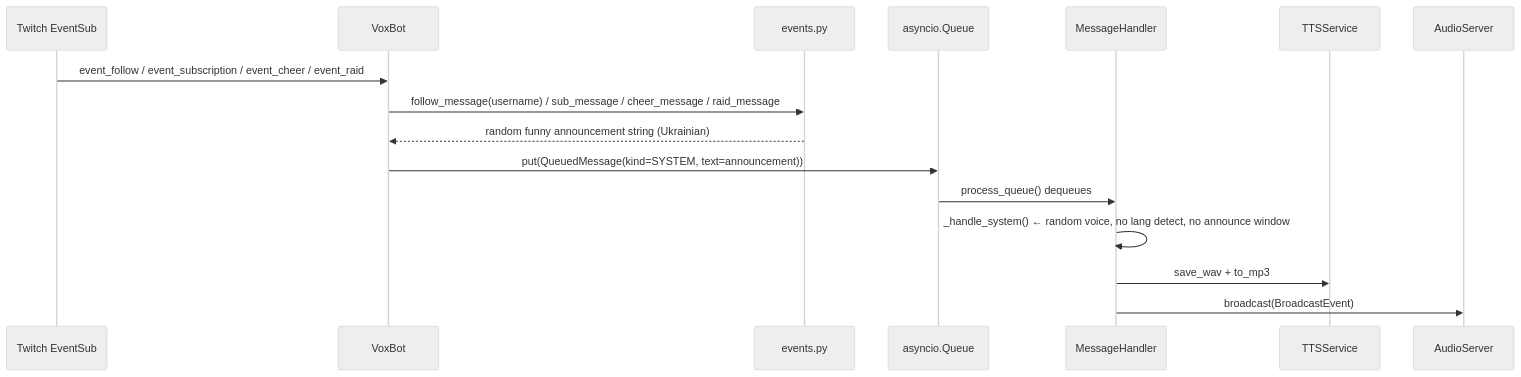
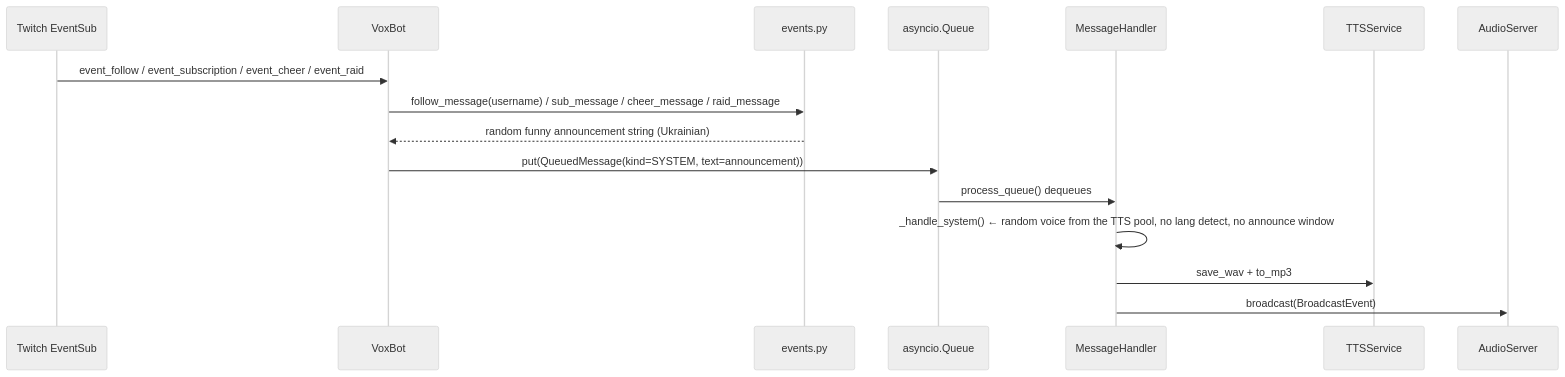
Before and after one commit to w0rxbend/twitch-voxer: the fourth of 8 diagrams in ARCHITECTURE.md, drawn with Mermaid (neutral theme). The commit also changed other lines of this file and 3 other files, not shown here.

First line of the commit message:
refactor(handler): ask the TTS engine for the announcement voice

````diff
--- a/ARCHITECTURE.md
+++ b/ARCHITECTURE.md
@@ -165,19 +165,19 @@
 ```mermaid
 sequenceDiagram
     participant TW as Twitch EventSub
     participant BOT as VoxBot
     participant EVT as events.py
     participant MQ as asyncio.Queue
     participant MH as MessageHandler
     participant TTS as TTSService
     participant SRV as AudioServer
 
     TW->>BOT: event_follow / event_subscription / event_cheer / event_raid
     BOT->>EVT: follow_message(username) / sub_message / cheer_message / raid_message
     EVT-->>BOT: random funny announcement string (Ukrainian)
     BOT->>MQ: put(QueuedMessage(kind=SYSTEM, text=announcement))
     MQ->>MH: process_queue() dequeues
-    MH->>MH: _handle_system()  ← random voice, no lang detect, no announce window
+    MH->>MH: _handle_system()  ← random voice from the TTS pool, no lang detect, no announce window
     MH->>TTS: save_wav + to_mp3
     MH->>SRV: broadcast(BroadcastEvent)
 ```
````
